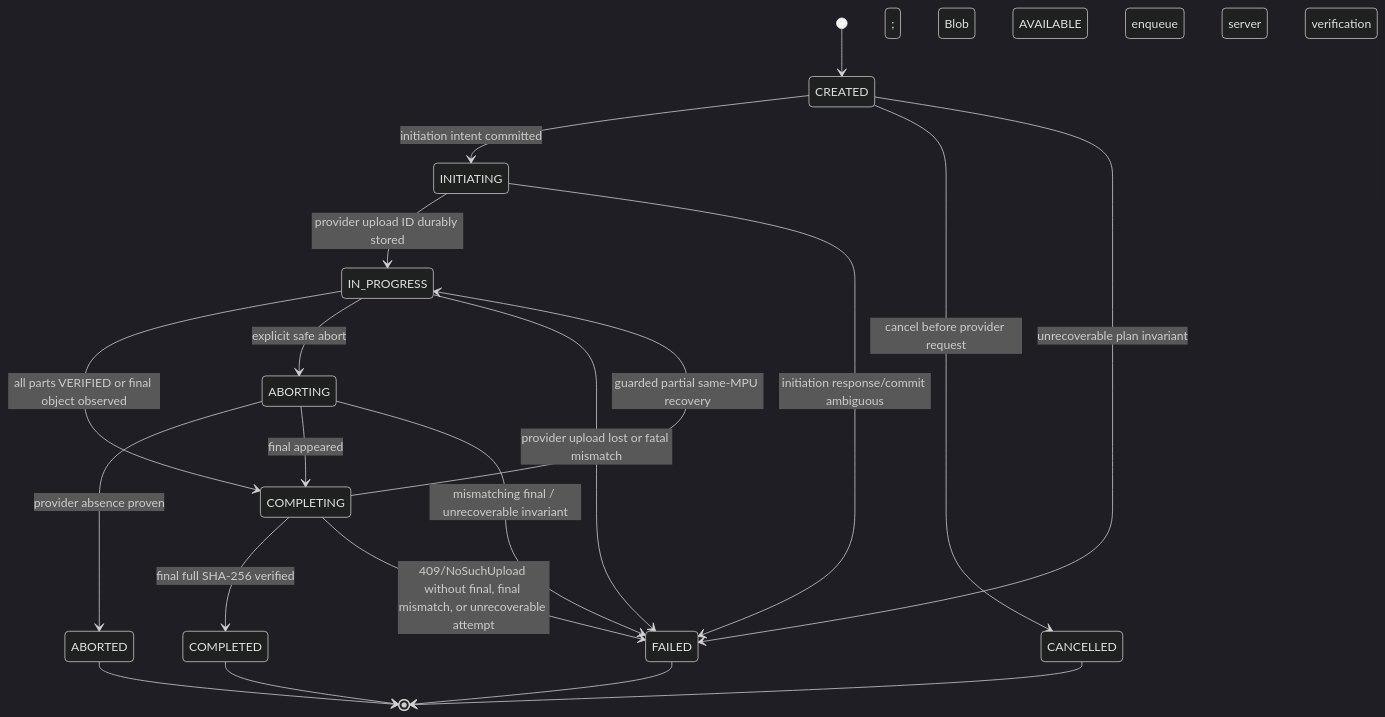
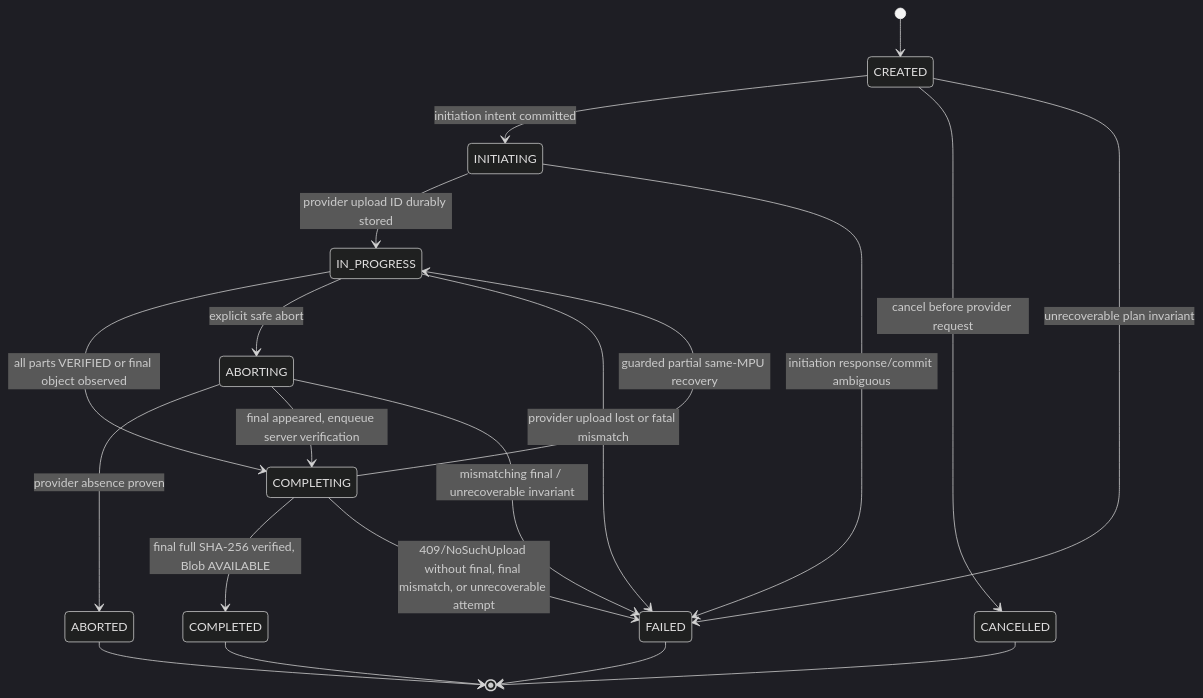
One commit to zbnerd/RoboLake changed the first of 2 diagrams in docs/M2_STATE_MACHINES.md. Above: the diagram before and after it, drawn with Mermaid (dark theme). The commit also changed 1 other file, not shown here.

Commit message:
docs(m2): fix multipart diagram syntax

````diff
--- a/docs/M2_STATE_MACHINES.md
+++ b/docs/M2_STATE_MACHINES.md
@@ -45,22 +45,22 @@
 ```mermaid
 stateDiagram-v2
     [*] --> CREATED
     CREATED --> INITIATING: initiation intent committed
     CREATED --> CANCELLED: cancel before provider request
     CREATED --> FAILED: unrecoverable plan invariant
     INITIATING --> IN_PROGRESS: provider upload ID durably stored
     INITIATING --> FAILED: initiation response/commit ambiguous
     IN_PROGRESS --> COMPLETING: all parts VERIFIED or final object observed
     IN_PROGRESS --> ABORTING: explicit safe abort
     IN_PROGRESS --> FAILED: provider upload lost or fatal mismatch
     COMPLETING --> IN_PROGRESS: guarded partial same-MPU recovery
-    COMPLETING --> COMPLETED: final full SHA-256 verified; Blob AVAILABLE
+    COMPLETING --> COMPLETED: final full SHA-256 verified, Blob AVAILABLE
     COMPLETING --> FAILED: 409/NoSuchUpload without final, final mismatch, or unrecoverable attempt
     ABORTING --> ABORTED: provider absence proven
-    ABORTING --> COMPLETING: final appeared; enqueue server verification
+    ABORTING --> COMPLETING: final appeared, enqueue server verification
     ABORTING --> FAILED: mismatching final / unrecoverable invariant
     COMPLETED --> [*]
     ABORTED --> [*]
     CANCELLED --> [*]
     FAILED --> [*]
 ```
````
